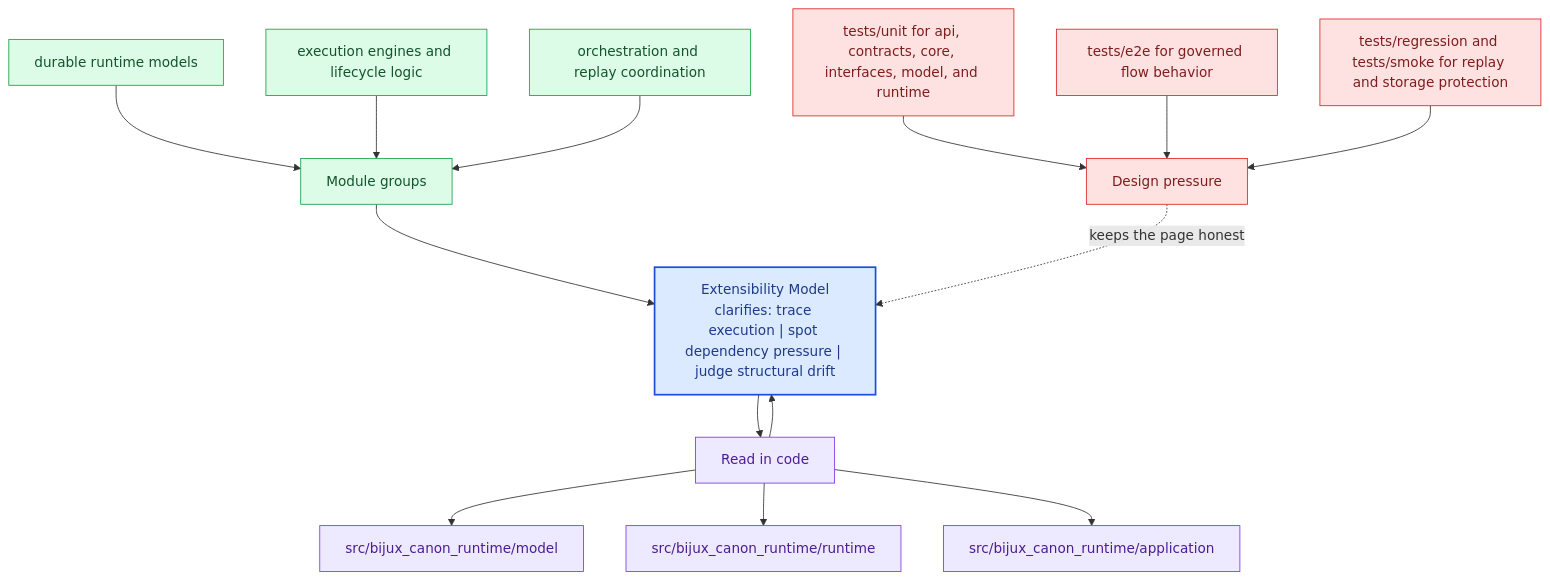
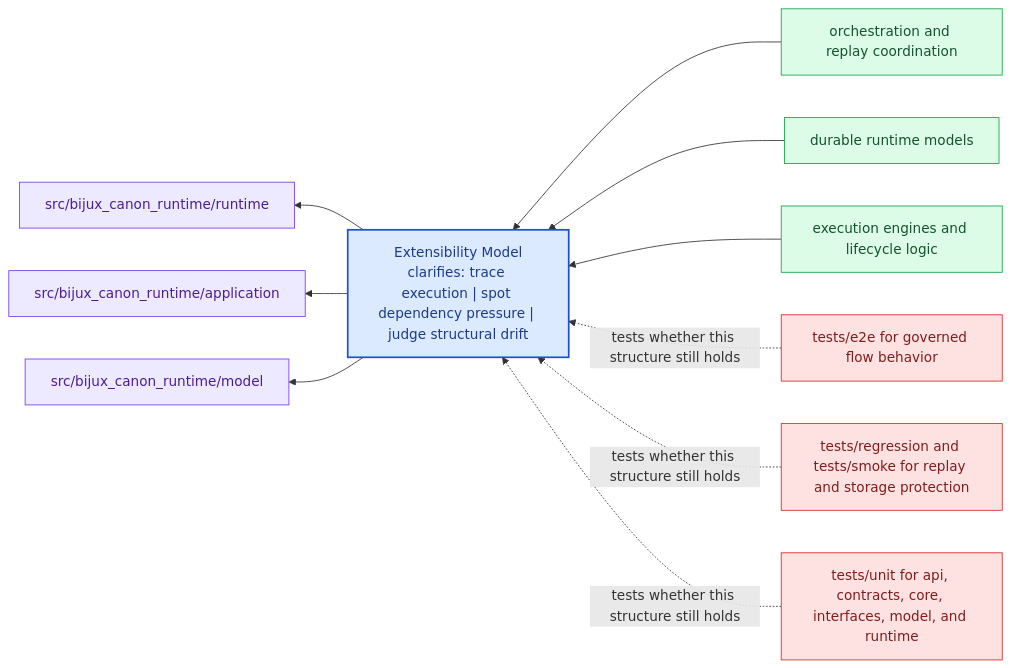
One commit to bijux/bijux-canon changed the diagram in docs/bijux-canon-runtime/architecture/extensibility-model.md. Above: the diagram before and after it, drawn with Mermaid. The commit also changed other lines of this file and 281 other files, not shown here.

Commit message:
docs(diagrams): replace repeated mermaid scaffolds with page-specific summaries

````diff
--- a/docs/bijux-canon-runtime/architecture/extensibility-model.md
+++ b/docs/bijux-canon-runtime/architecture/extensibility-model.md
@@ -67,40 +22,31 @@
 ```mermaid
-flowchart TB
-    promise["Extensibility Model<br/>clarifies: trace execution | spot dependency pressure | judge structural drift"]
-    classDef promise fill:#dbeafe,stroke:#1d4ed8,color:#1e3a8a,stroke-width:2px;
-    classDef driver fill:#dcfce7,stroke:#16a34a,color:#14532d;
-    classDef constraint fill:#fee2e2,stroke:#dc2626,color:#7f1d1d;
-    classDef ground fill:#ede9fe,stroke:#7c3aed,color:#4c1d95;
-    focus1["Module groups"]
-    focus1 --> promise
-    focus1_1["durable runtime models"]
-    focus1_1 --> focus1
-    focus1_2["execution engines and lifecycle logic"]
-    focus1_2 --> focus1
-    focus1_3["orchestration and replay coordination"]
-    focus1_3 --> focus1
-    class focus1 driver;
-    class focus1_1,focus1_2,focus1_3 driver;
-    focus2["Read in code"]
-    focus2 --> promise
-    promise --> focus2
-    focus2_1["src/bijux_canon_runtime/model"]
-    focus2 --> focus2_1
-    focus2_2["src/bijux_canon_runtime/runtime"]
-    focus2 --> focus2_2
-    focus2_3["src/bijux_canon_runtime/application"]
-    focus2 --> focus2_3
-    class focus2 ground;
-    class focus2_1,focus2_2,focus2_3 ground;
-    focus3["Design pressure"]
-    focus3 -.keeps the page honest.-> promise
-    focus3_1["tests/unit for api, contracts, core, interfaces, model, and runtime"]
-    focus3_1 --> focus3
-    focus3_2["tests/e2e for governed flow behavior"]
-    focus3_2 --> focus3
-    focus3_3["tests/regression and tests/smoke for replay and storage protection"]
-    focus3_3 --> focus3
-    class focus3 constraint;
-    class focus3_1,focus3_2,focus3_3 constraint;
-    class promise promise;
+flowchart RL
+    page["Extensibility Model<br/>clarifies: trace execution | spot dependency pressure | judge structural drift"]
+    classDef page fill:#dbeafe,stroke:#1d4ed8,color:#1e3a8a,stroke-width:2px;
+    classDef positive fill:#dcfce7,stroke:#16a34a,color:#14532d;
+    classDef caution fill:#fee2e2,stroke:#dc2626,color:#7f1d1d;
+    classDef anchor fill:#ede9fe,stroke:#7c3aed,color:#4c1d95;
+    classDef action fill:#fef3c7,stroke:#d97706,color:#7c2d12;
+    module1["orchestration and replay coordination"]
+    module1 --> page
+    module2["durable runtime models"]
+    module2 --> page
+    module3["execution engines and lifecycle logic"]
+    module3 --> page
+    code1["src/bijux_canon_runtime/runtime"]
+    page --> code1
+    code2["src/bijux_canon_runtime/application"]
+    page --> code2
+    code3["src/bijux_canon_runtime/model"]
+    page --> code3
+    pressure1["tests/e2e for governed flow behavior"]
+    pressure1 -.tests whether this structure still holds.-> page
+    pressure2["tests/regression and tests/smoke for replay and storage protection"]
+    pressure2 -.tests whether this structure still holds.-> page
+    pressure3["tests/unit for api, contracts, core, interfaces, model, and runtime"]
+    pressure3 -.tests whether this structure still holds.-> page
+    class page page;
+    class module1,module2,module3 positive;
+    class code1,code2,code3 anchor;
+    class pressure1,pressure2,pressure3 caution;
 ```
````
